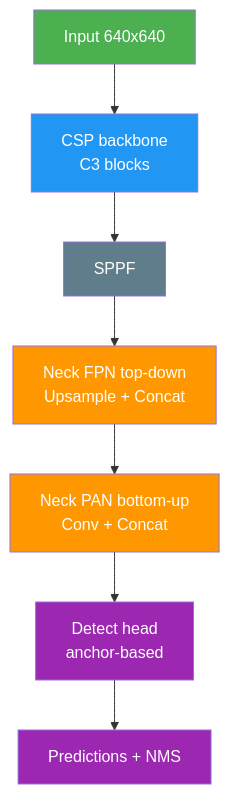
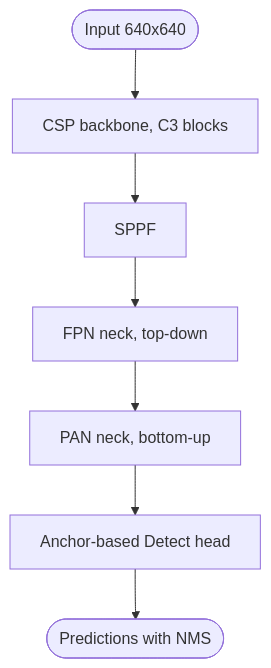
The second of 5 diagrams in docs/en/guides/yolo-architecture.md (ultralytics/ultralytics), drawn with Mermaid before and after one commit. The commit also changed other lines of this file and 20 other files, not shown here.

Commit message:
Migrate docs Mermaid diagrams to the unified design system (#26573)

````diff
--- a/docs/en/guides/yolo-architecture.md
+++ b/docs/en/guides/yolo-architecture.md
@@ -47,14 +42,9 @@
     ```mermaid
     flowchart TD
-        IN[Input 640x640]:::start --> BB[CSP backbone<br/>C3 blocks]:::proc
-        BB --> SP[SPPF]:::extern
-        SP --> FPN[Neck FPN top-down<br/>Upsample + Concat]:::decide
-        FPN --> PAN[Neck PAN bottom-up<br/>Conv + Concat]:::decide
-        PAN --> HD[Detect head<br/>anchor-based]:::out
-        HD --> O[Predictions + NMS]:::out
-        classDef start fill:#4CAF50,color:#fff
-        classDef proc fill:#2196F3,color:#fff
-        classDef decide fill:#FF9800,color:#fff
-        classDef out fill:#9C27B0,color:#fff
-        classDef extern fill:#607D8B,color:#fff
+        IN([Input 640x640]) --> BB["CSP backbone, C3 blocks"]
+        BB --> SP[SPPF]
+        SP --> FPN["FPN neck, top-down"]
+        FPN --> PAN["PAN neck, bottom-up"]
+        PAN --> HD[Anchor-based Detect head]
+        HD --> O([Predictions with NMS])
     ```
````
